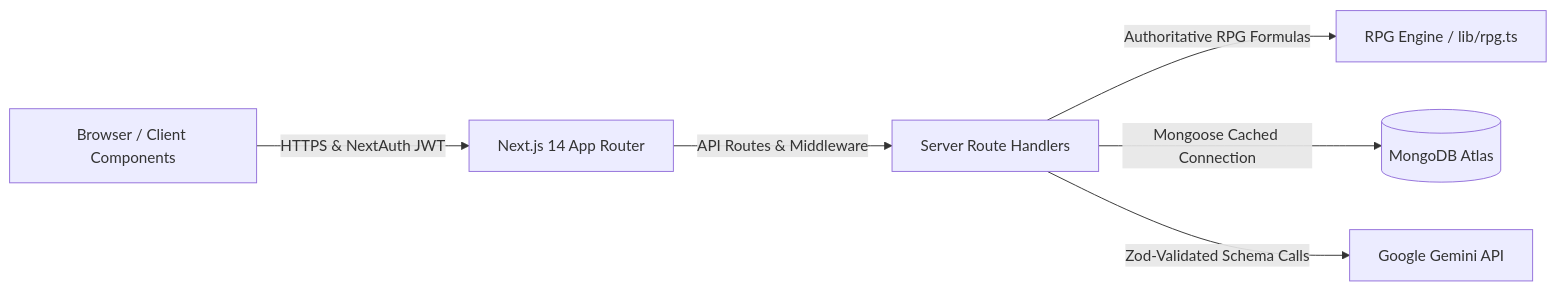
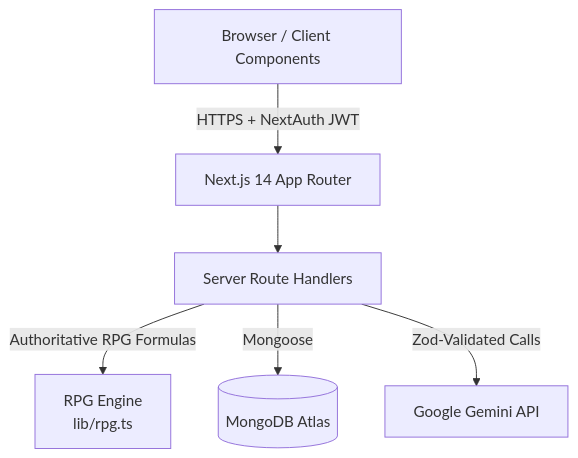
One commit to mohdasif-v1/ascend-life-rpg changed the first of 2 diagrams in README.md. Above: the diagram before and after it, drawn with Mermaid. The commit also changed other lines of this file and 23 other files, not shown here.

Commit message:
docs: update architecture diagram and refresh screenshots

````diff
--- a/README.md
+++ b/README.md
@@ -75,8 +90,8 @@
 ```mermaid
-flowchart LR
-    A[Browser / Client Components] -->|HTTPS & NextAuth JWT| B[Next.js 14 App Router]
-    B -->|API Routes & Middleware| C[Server Route Handlers]
-    C -->|Authoritative RPG Formulas| D[RPG Engine / lib/rpg.ts]
-    C -->|Mongoose Cached Connection| E[(MongoDB Atlas)]
-    C -->|Zod-Validated Schema Calls| F[Google Gemini API]
+flowchart TD
+    A[Browser / Client Components] -->|HTTPS + NextAuth JWT| B[Next.js 14 App Router]
+    B --> C[Server Route Handlers]
+    C -->|Authoritative RPG Formulas| D[RPG Engine<br/>lib/rpg.ts]
+    C -->|Mongoose| E[(MongoDB Atlas)]
+    C -->|Zod-Validated Calls| F[Google Gemini API]
 ```
````
